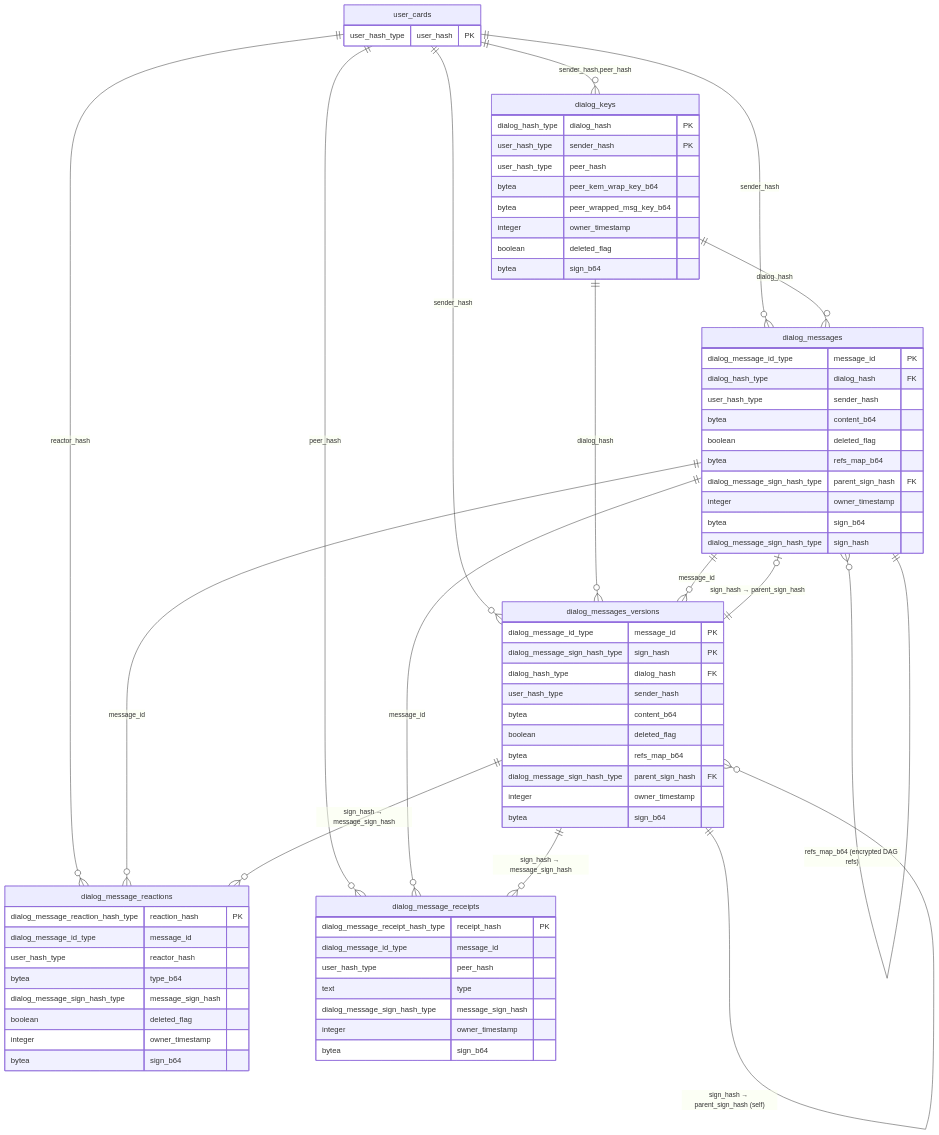
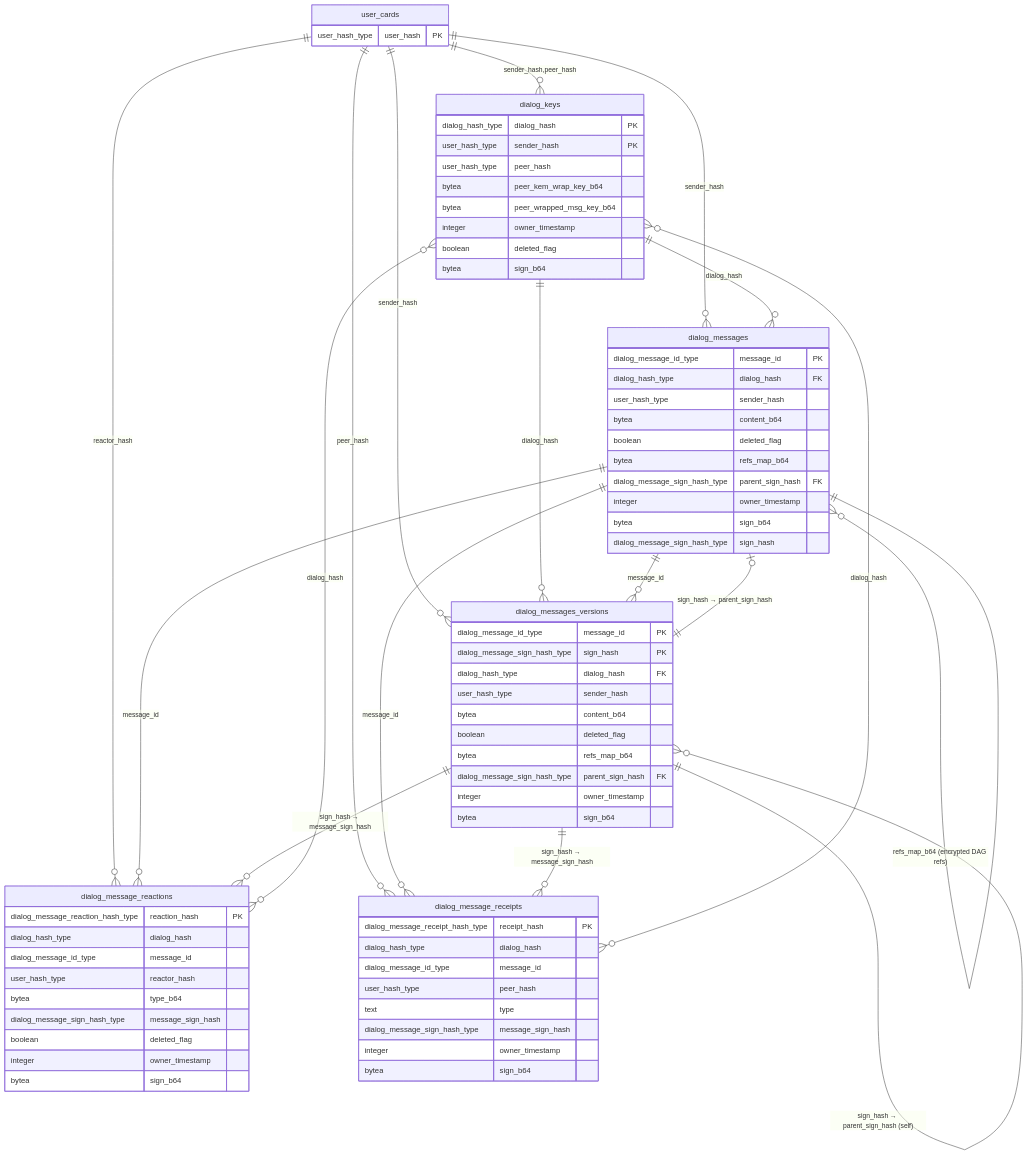
The diagram in docs/reqs/pq_dialogs.md (Buckitup-chat/chat), drawn with Mermaid before and after one commit. The commit also changed other lines of this file and 2 other files, not shown here.

```diff
--- a/docs/reqs/pq_dialogs.md
+++ b/docs/reqs/pq_dialogs.md
@@ -36,9 +36,11 @@
 
     dialog_messages          ||--o{ dialog_message_reactions : "message_id"
     dialog_messages_versions ||--o{ dialog_message_reactions : "sign_hash → message_sign_hash"
+    dialog_keys              }o--o{ dialog_message_reactions : "dialog_hash"
 
     dialog_messages          ||--o{ dialog_message_receipts  : "message_id"
     dialog_messages_versions ||--o{ dialog_message_receipts  : "sign_hash → message_sign_hash"
+    dialog_keys              }o--o{ dialog_message_receipts  : "dialog_hash"
 
     user_cards {
         user_hash_type  user_hash        PK
@@ -83,6 +85,7 @@
 
     dialog_message_reactions {
         dialog_message_reaction_hash_type reaction_hash      PK
+        dialog_hash_type                  dialog_hash
         dialog_message_id_type            message_id
         user_hash_type                    reactor_hash
         bytea                             type_b64
@@ -94,6 +97,7 @@
 
     dialog_message_receipts {
         dialog_message_receipt_hash_type  receipt_hash       PK
+        dialog_hash_type                  dialog_hash
         dialog_message_id_type            message_id
         user_hash_type                    peer_hash
         text                              type
```
